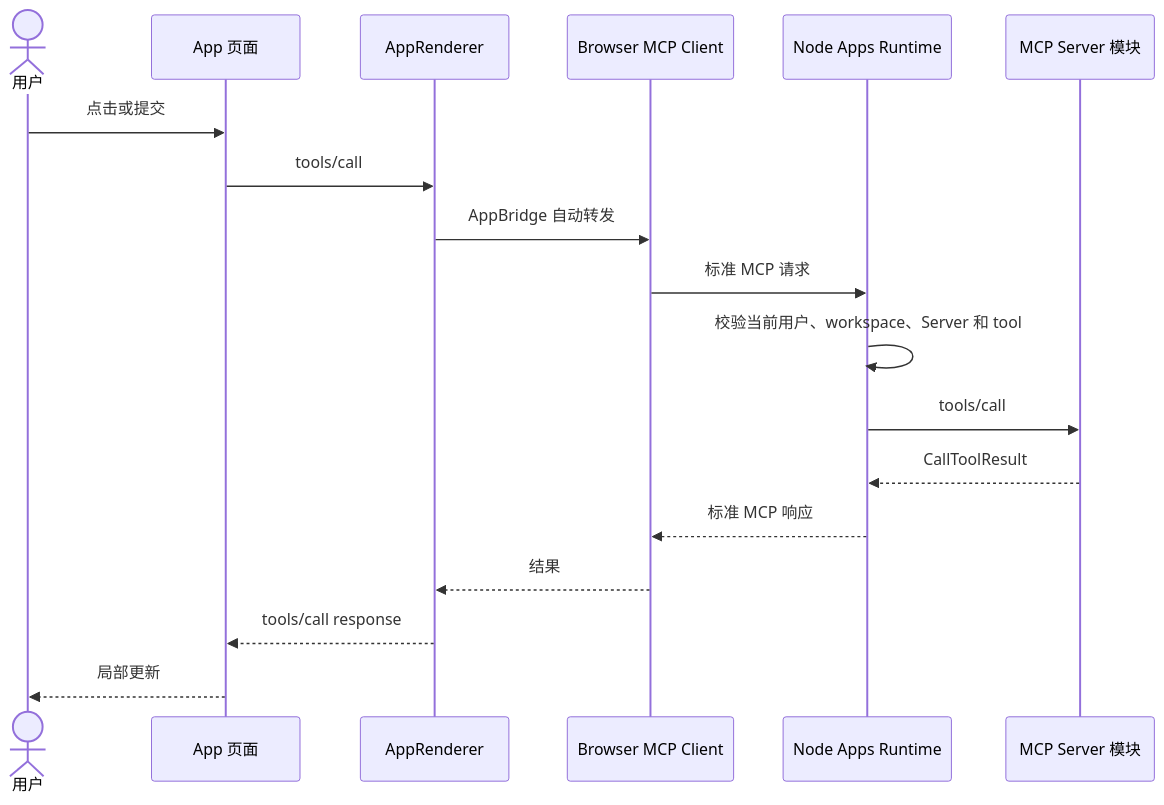
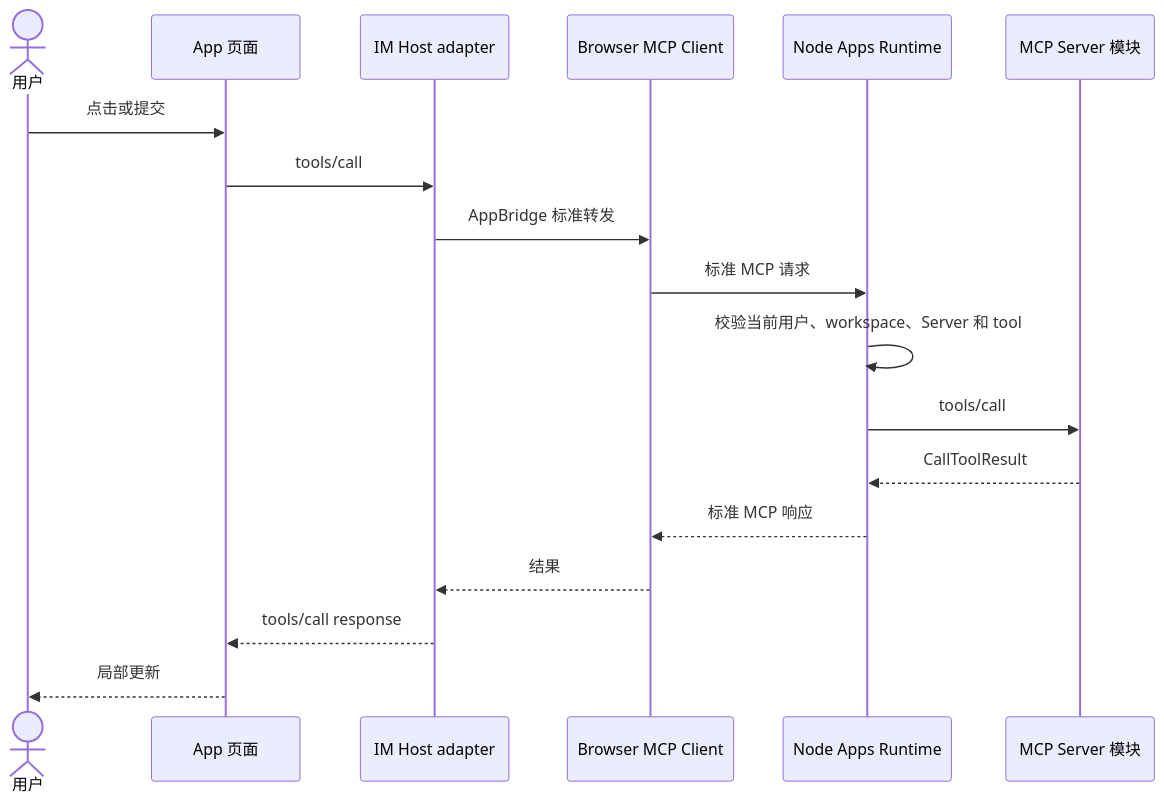
One commit to glide-the/im-dream changed the third of 4 diagrams in docs/design/claude-agent/mcp-apps-iframe-interaction.md. Above: the diagram before and after it, drawn with Mermaid. The commit also changed other lines of this file and 813 other files, not shown here.

Commit message:
feat(mcp-apps): integrate governed host and consolidate frontend app

````diff
--- a/docs/design/claude-agent/mcp-apps-iframe-interaction.md
+++ b/docs/design/claude-agent/mcp-apps-iframe-interaction.md
@@ -134,21 +149,21 @@
 ```mermaid
 sequenceDiagram
     actor U as 用户
     participant V as App 页面
-    participant R as AppRenderer
+    participant R as IM Host adapter
     participant C as Browser MCP Client
     participant N as Node Apps Runtime
     participant S as MCP Server 模块
 
     U->>V: 点击或提交
     V->>R: tools/call
-    R->>C: AppBridge 自动转发
+    R->>C: AppBridge 标准转发
     C->>N: 标准 MCP 请求
     N->>N: 校验当前用户、workspace、Server 和 tool
     N->>S: tools/call
     S-->>N: CallToolResult
     N-->>C: 标准 MCP 响应
     C-->>R: 结果
     R-->>V: tools/call response
     V-->>U: 局部更新
 ```
````
